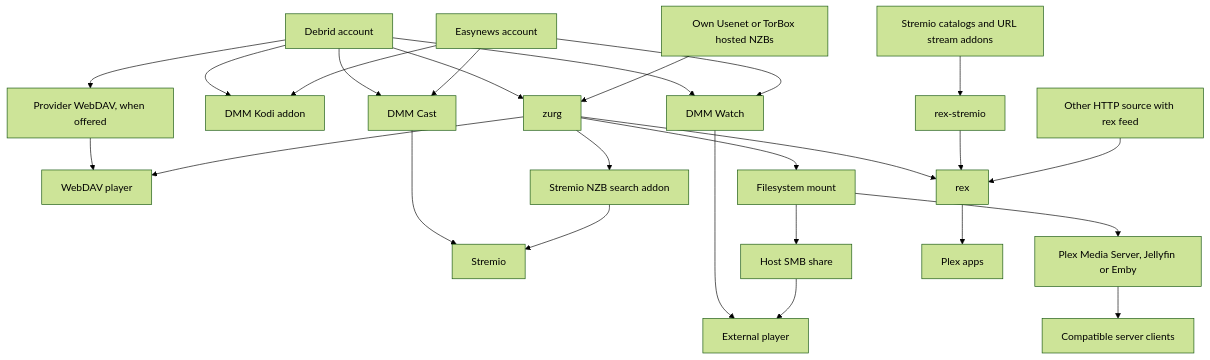
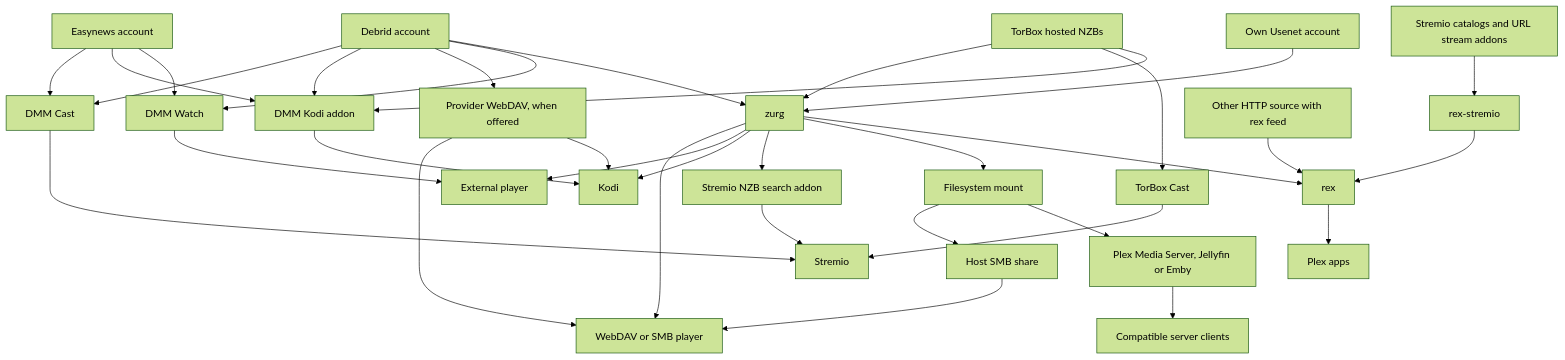
One commit to debridmediamanager/notes changed the first of 3 diagrams in guides/choose-your-setup.md. Above: the diagram before and after it, drawn with Mermaid (forest theme). The commit also changed other lines of this file and 121 other files, not shown here.

````diff
--- a/guides/choose-your-setup.md
+++ b/guides/choose-your-setup.md
@@ -42,28 +42,36 @@
 ```mermaid
 flowchart TD
     A[Debrid account] --> B[DMM Cast]
     E[Easynews account] --> B
     B --> C[Stremio]
     A --> K[DMM Kodi addon]
     E --> K
+    K --> KD[Kodi]
     A --> D[Provider WebDAV, when offered]
-    D --> W[WebDAV player]
+    D --> W[WebDAV or SMB player]
+    D --> KD
     A --> V[DMM Watch]
     E --> V
     V --> F[External player]
     A --> Z[zurg]
-    N[Own Usenet or TorBox hosted NZBs] --> Z
-    Z --> W[WebDAV player]
+    N[Own Usenet account] --> Z
+    T2[TorBox hosted NZBs] --> Z
+    T2 --> TC[TorBox Cast]
+    TC --> C
+    T2 --> K
+    Z --> W[WebDAV or SMB player]
+    Z --> F
+    Z --> KD
     Z --> ZA[Stremio NZB search addon]
     ZA --> C
     Z --> M[Filesystem mount]
     M --> SMB[Host SMB share]
-    SMB --> F
+    SMB --> W
     M --> S[Plex Media Server, Jellyfin or Emby]
     S --> P[Compatible server clients]
     Z --> R[rex]
     T[Stremio catalogs and URL stream addons] --> X[rex-stremio]
     X --> R
     H[Other HTTP source with rex feed] --> R
     R --> Q[Plex apps]
 ```
````
